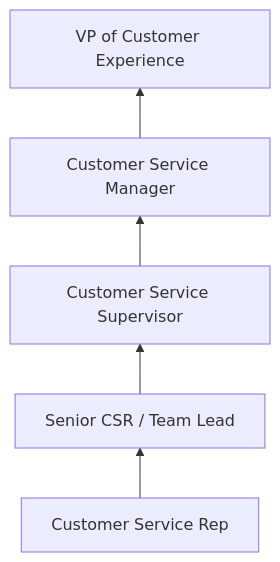
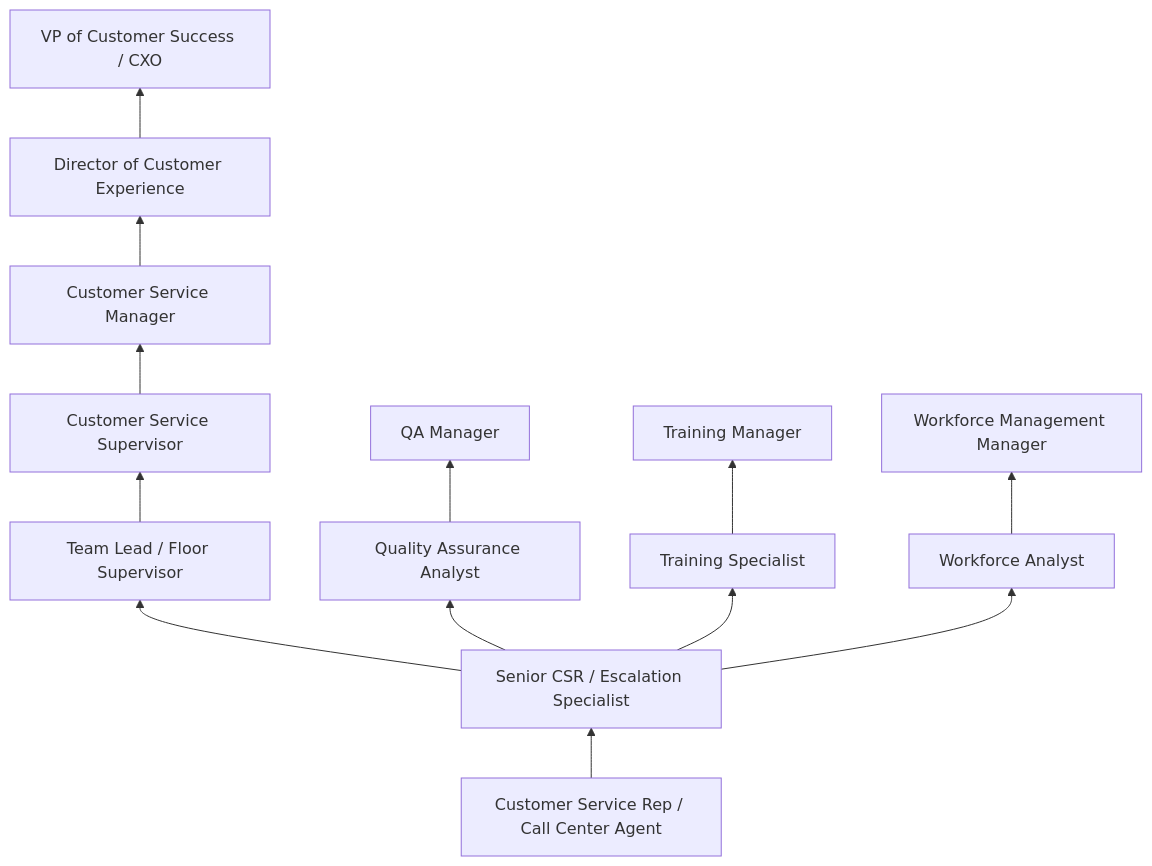
The third of 4 diagrams in occupations/Administrative/CustomerServiceRepresentatives.mdx (kziemski/business.org.ai), drawn with Mermaid before and after one commit. The commit also changed other lines of this file and 19 other files, not shown here.

````diff
--- a/occupations/Administrative/CustomerServiceRepresentatives.mdx
+++ b/occupations/Administrative/CustomerServiceRepresentatives.mdx
@@ -75,7 +136,18 @@
 ```mermaid
 graph BT
-    Entry["Customer Service Rep"] --> Mid["Senior CSR / Team Lead"]
-    Mid --> Supervisor["Customer Service Supervisor"]
+    Entry["Customer Service Rep / Call Center Agent"] --> Mid["Senior CSR / Escalation Specialist"]
+    Mid --> Lead["Team Lead / Floor Supervisor"]
+    Lead --> Supervisor["Customer Service Supervisor"]
     Supervisor --> Manager["Customer Service Manager"]
-    Manager --> Director["VP of Customer Experience"]
+    Manager --> Director["Director of Customer Experience"]
+    Director --> VP["VP of Customer Success / CXO"]
+
+    Mid --> QA["Quality Assurance Analyst"]
+    QA --> QAMgr["QA Manager"]
+
+    Mid --> Training["Training Specialist"]
+    Training --> TrainMgr["Training Manager"]
+
+    Mid --> WFM["Workforce Analyst"]
+    WFM --> WFMMgr["Workforce Management Manager"]
 ```
````
